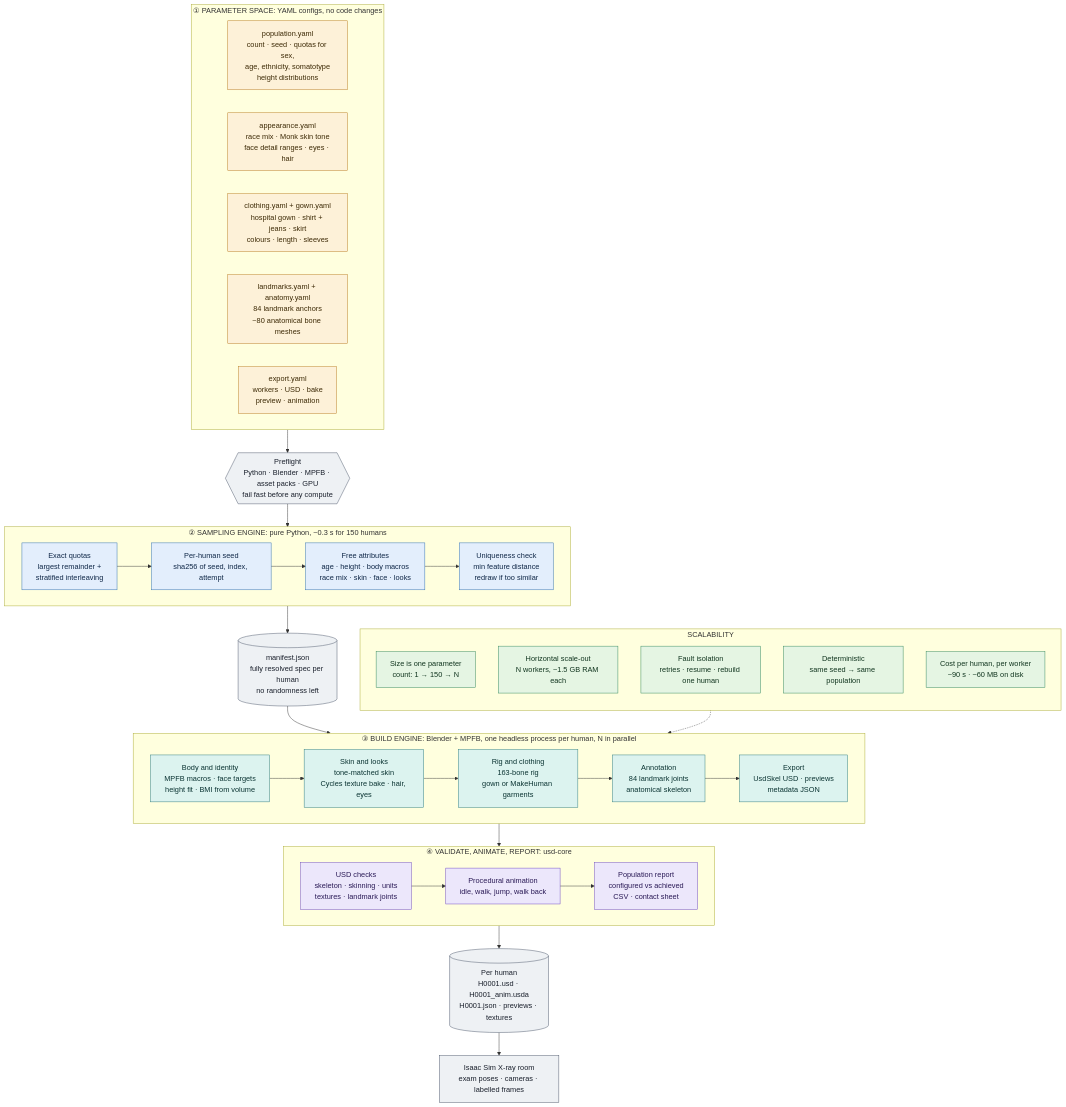
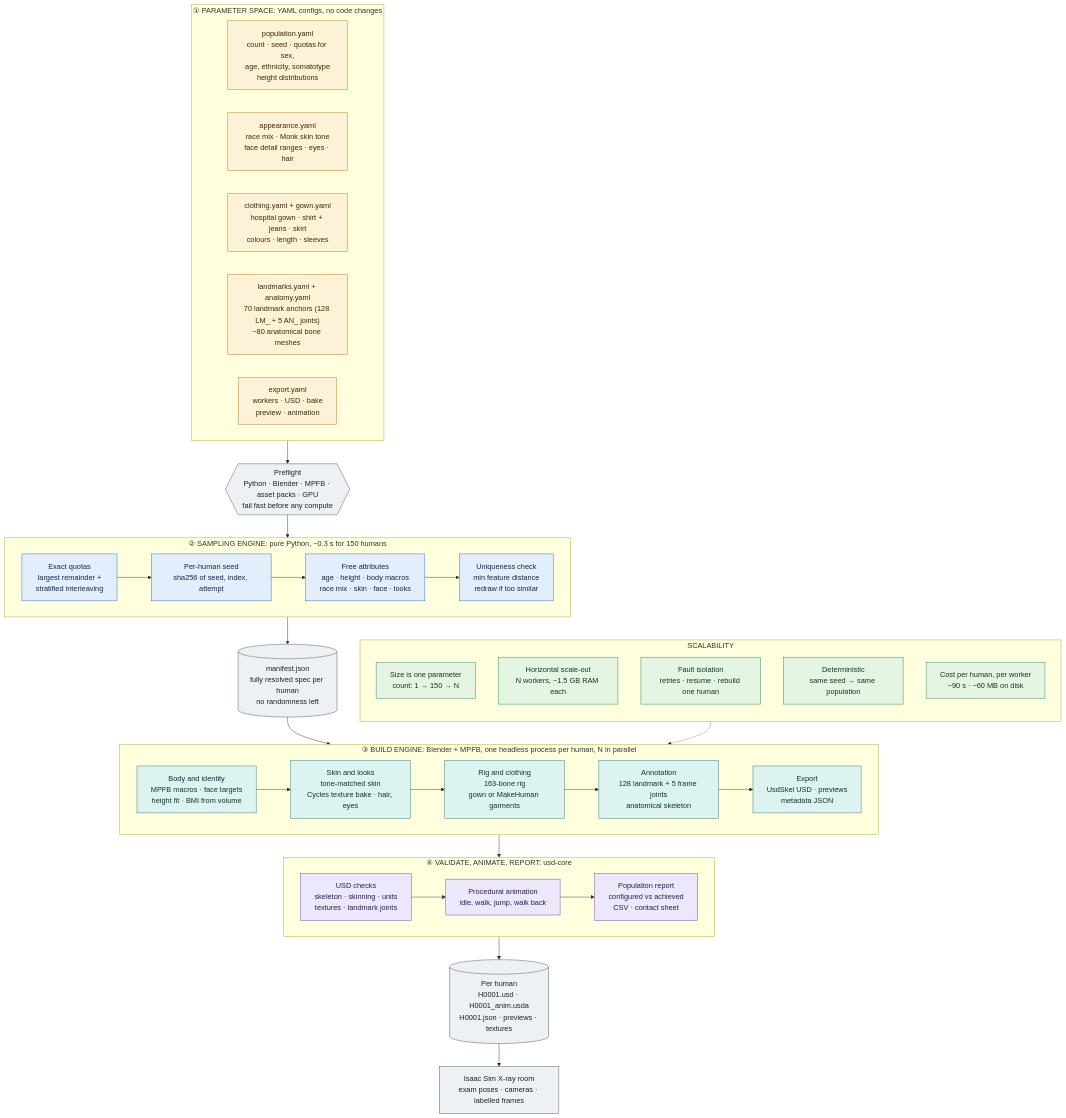
The diagram in synthetic-humans/docs/12_pipeline_diagram.md (josinho101/synthetic-data-generation), drawn with Mermaid before and after one commit. The commit also changed 18 other files, not shown here.

Commit message:
added more skeleton landmarks and comparison with MHR

````diff
--- a/synthetic-humans/docs/12_pipeline_diagram.md
+++ b/synthetic-humans/docs/12_pipeline_diagram.md
@@ -6,64 +6,64 @@
 ```mermaid
 flowchart TB
   subgraph P["① PARAMETER SPACE: YAML configs, no code changes"]
     direction LR
     P1["population.yaml<br/>count · seed · quotas for sex,<br/>age, ethnicity, somatotype<br/>height distributions"]
     P2["appearance.yaml<br/>race mix · Monk skin tone<br/>face detail ranges · eyes · hair"]
     P3["clothing.yaml + gown.yaml<br/>hospital gown · shirt + jeans · skirt<br/>colours · length · sleeves"]
-    P4["landmarks.yaml + anatomy.yaml<br/>84 landmark anchors<br/>~80 anatomical bone meshes"]
+    P4["landmarks.yaml + anatomy.yaml<br/>70 landmark anchors (128 LM_ + 5 AN_ joints)<br/>~80 anatomical bone meshes"]
     P5["export.yaml<br/>workers · USD · bake<br/>preview · animation"]
   end
 
   PF{{"Preflight<br/>Python · Blender · MPFB · asset packs · GPU<br/>fail fast before any compute"}}
 
   subgraph S["② SAMPLING ENGINE: pure Python, ~0.3 s for 150 humans"]
     direction LR
     S1["Exact quotas<br/>largest remainder +<br/>stratified interleaving"] --> S2["Per-human seed<br/>sha256 of seed, index, attempt"]
     S2 --> S3["Free attributes<br/>age · height · body macros<br/>race mix · skin · face · looks"]
     S3 --> S4["Uniqueness check<br/>min feature distance<br/>redraw if too similar"]
   end
 
   M[("manifest.json<br/>fully resolved spec per human<br/>no randomness left")]
 
   subgraph B["③ BUILD ENGINE: Blender + MPFB, one headless process per human, N in parallel"]
     direction LR
     B1["Body and identity<br/>MPFB macros · face targets<br/>height fit · BMI from volume"] --> B2["Skin and looks<br/>tone-matched skin<br/>Cycles texture bake · hair, eyes"]
     B2 --> B3["Rig and clothing<br/>163-bone rig<br/>gown or MakeHuman garments"]
-    B3 --> B4["Annotation<br/>84 landmark joints<br/>anatomical skeleton"]
+    B3 --> B4["Annotation<br/>128 landmark + 5 frame joints<br/>anatomical skeleton"]
     B4 --> B5["Export<br/>UsdSkel USD · previews<br/>metadata JSON"]
   end
 
   subgraph V["④ VALIDATE, ANIMATE, REPORT: usd-core"]
     direction LR
     V1["USD checks<br/>skeleton · skinning · units<br/>textures · landmark joints"] --> V2["Procedural animation<br/>idle, walk, jump, walk back"]
     V2 --> V3["Population report<br/>configured vs achieved<br/>CSV · contact sheet"]
   end
 
   O[("Per human<br/>H0001.usd · H0001_anim.usda<br/>H0001.json · previews · textures")]
   D["Isaac Sim X-ray room<br/>exam poses · cameras · labelled frames"]
 
   subgraph SC["SCALABILITY"]
     direction TB
     X1["Size is one parameter<br/>count: 1 → 150 → N"]
     X2["Horizontal scale-out<br/>N workers, ~1.5 GB RAM each"]
     X3["Fault isolation<br/>retries · resume · rebuild one human"]
     X4["Deterministic<br/>same seed → same population"]
     X5["Cost per human, per worker<br/>~90 s · ~60 MB on disk"]
   end
 
   P --> PF --> S --> M --> B --> V --> O --> D
   SC -.-> B
 
   classDef cfg fill:#fdf1d8,stroke:#b7791f,color:#3d2a06
   classDef smp fill:#e3eefc,stroke:#2b6cb0,color:#0f2747
   classDef bld fill:#dcf3ef,stroke:#2c7a7b,color:#0b3433
   classDef val fill:#ece7fb,stroke:#6b46c1,color:#2a1a56
   classDef out fill:#eef1f4,stroke:#4a5568,color:#1a202c
   classDef scl fill:#e5f5e3,stroke:#2f855a,color:#11351f
   class P1,P2,P3,P4,P5 cfg
   class S1,S2,S3,S4 smp
   class B1,B2,B3,B4,B5 bld
   class V1,V2,V3 val
   class PF,M,O,D out
   class X1,X2,X3,X4,X5 scl
 ```
````
